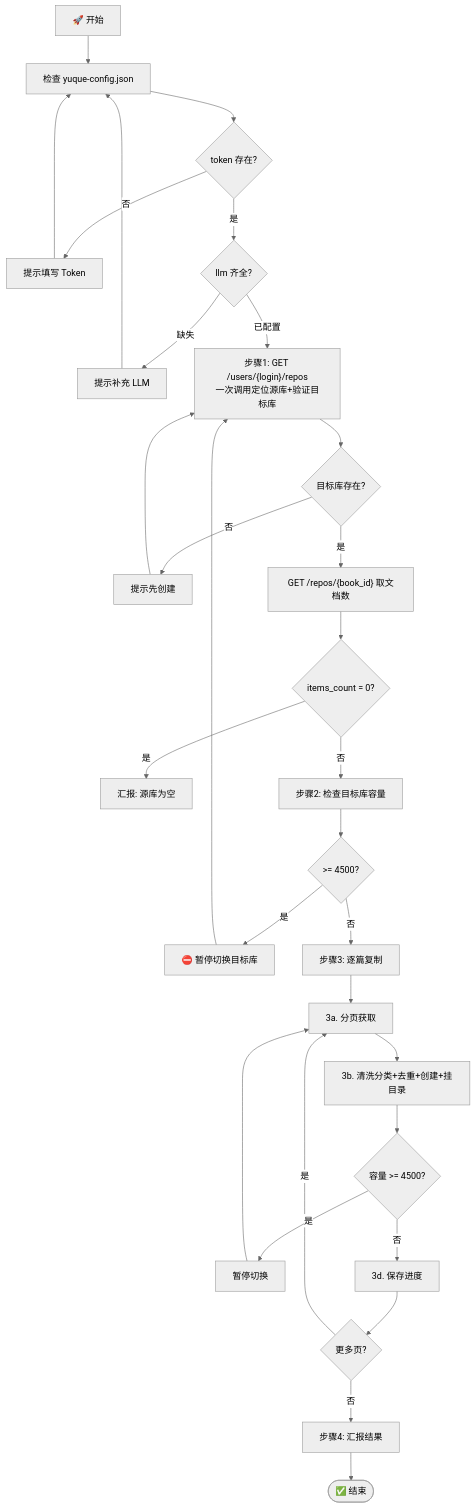
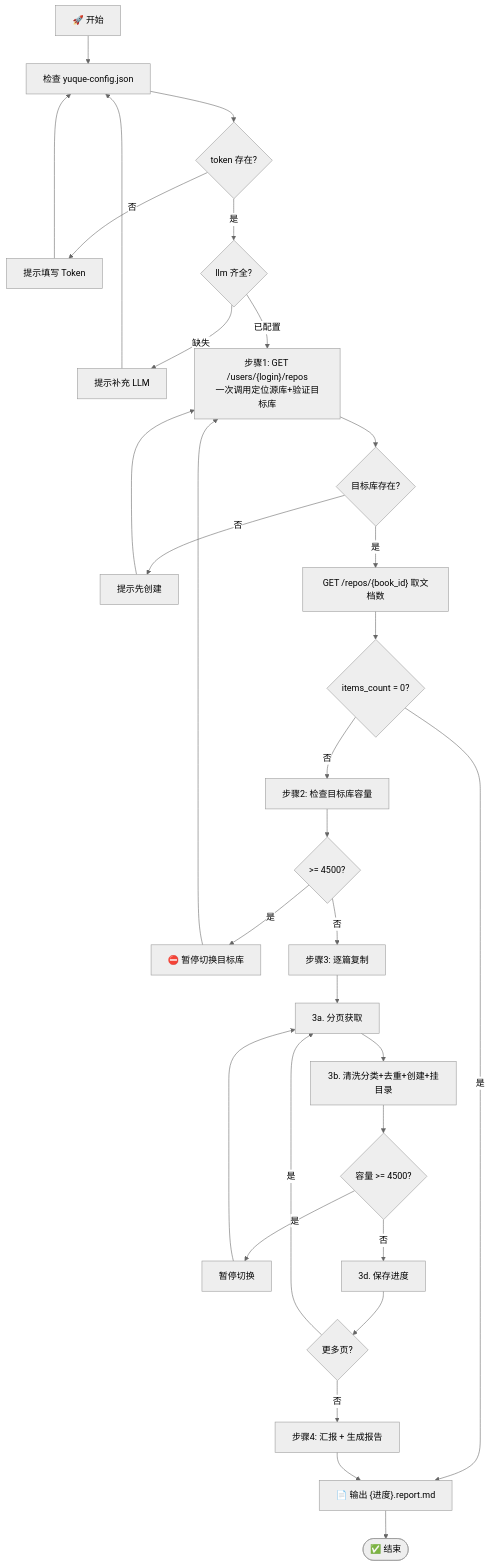
The first of 4 diagrams in README.md (yehuoshun/yuque-migration-skill), drawn with Mermaid (neutral theme) before and after one commit. The commit also changed other lines of this file and 2 other files, not shown here.

Commit message:
feat: 迁移完成自动生成 Markdown 汇总报告
新增 generate_report() 函数，迁移完成后自动输出 .report.md 文件。
报告内容：概览表、跳过明细（按类型分）、失败清单、孤儿文档、目录结构。

修改：
- scripts/migrate.py: 新增报告生成函数，步骤4调用
- SKILL.md: 步骤4更新为「汇报 + 生成报告」
- README.md: 特征表新增「汇总报告」，流程图更新

````diff
--- a/README.md
+++ b/README.md
@@ -188,27 +189,28 @@
 ```mermaid
 flowchart TD
     A["🚀 开始"] --> B["检查 yuque-config.json"]
     B --> B1{"token 存在?"}
     B1 -->|否| B1a["提示填写 Token"] --> B
     B1 -->|是| B2{"llm 齐全?"}
     B2 -->|缺失| B2a["提示补充 LLM"] --> B
     B2 -->|已配置| C["步骤1: GET /users/{login}/repos\n一次调用定位源库+验证目标库"]
     C --> C1{"目标库存在?"}
     C1 -->|否| C1a["提示先创建"] --> C
     C1 -->|是| C2["GET /repos/{book_id} 取文档数"]
     C2 --> C3{"items_count = 0?"}
     C3 -->|是| G["汇报: 源库为空"]
     C3 -->|否| D["步骤2: 检查目标库容量"]
     D --> D1{">= 4500?"}
     D1 -->|是| D1a["⛔ 暂停切换目标库"] --> C
     D1 -->|否| E["步骤3: 逐篇复制"]
     E --> E1["3a. 分页获取"]
     E1 --> E2["3b. 清洗分类+去重+创建+挂目录"]
     E2 --> E3{"容量 >= 4500?"}
     E3 -->|是| E3a["暂停切换"] --> E1
     E3 -->|否| E4["3d. 保存进度"]
     E4 --> E5{"更多页?"}
     E5 -->|是| E1
-    E5 -->|否| F["步骤4: 汇报结果"]
-    F --> H(["✅ 结束"])
+    E5 -->|否| F["步骤4: 汇报 + 生成报告"]
+    F --> G["📄 输出 {进度}.report.md"]
+    G --> H(["✅ 结束"])
 ```
````
